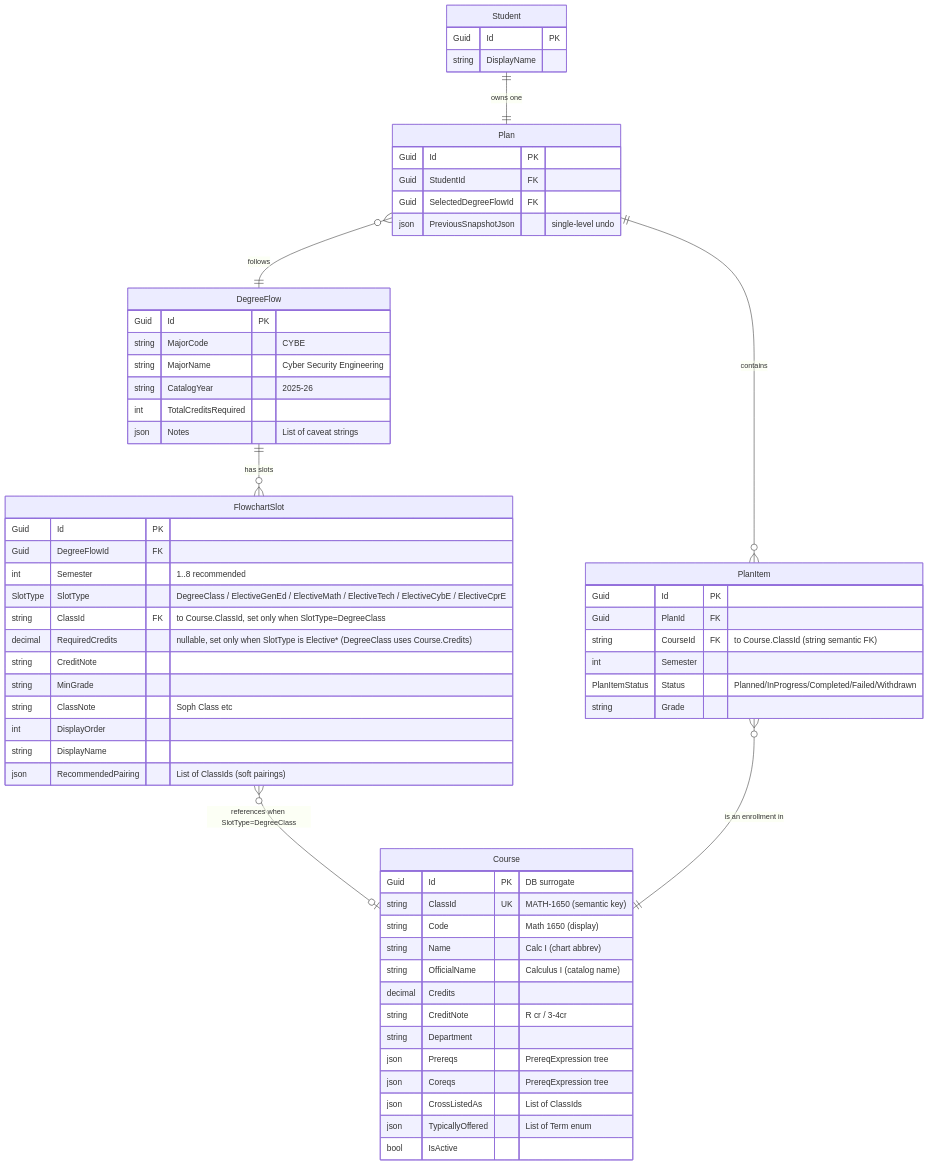
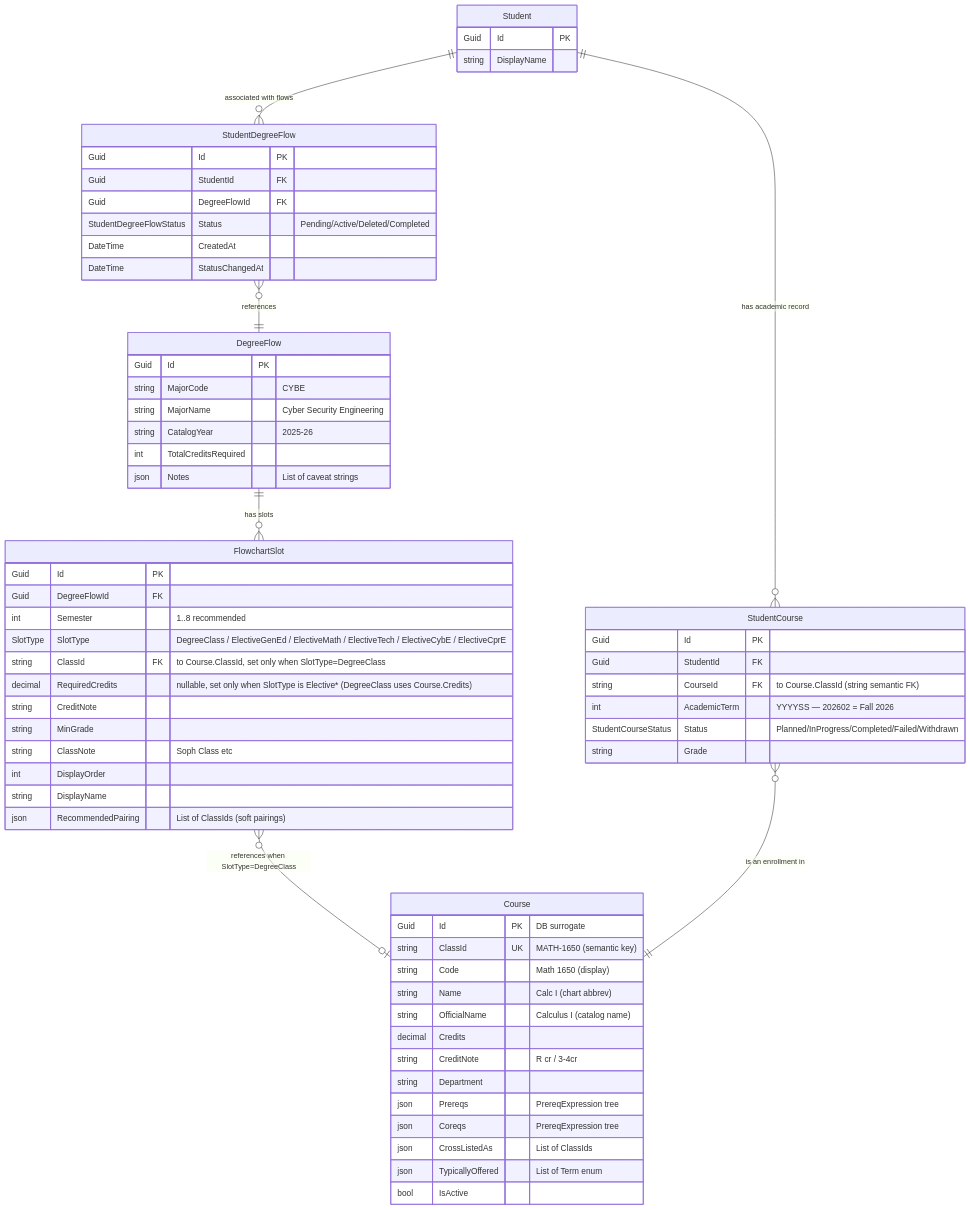
Before and after one commit to jumpwake/ISUCourseManager: the diagram in docs/superpowers/specs/2026-05-12-isu-course-manager-design.md, drawn with Mermaid. The commit also changed other lines of this file and 1 other file, not shown here.

First line of the commit message:
refactor(domain): decouple StudentCourse from Plan; add StudentDegreeFlow junction

````diff
--- a/docs/superpowers/specs/2026-05-12-isu-course-manager-design.md
+++ b/docs/superpowers/specs/2026-05-12-isu-course-manager-design.md
@@ -390,70 +443,72 @@
 ```mermaid
 erDiagram
     Course {
         Guid Id PK "DB surrogate"
         string ClassId UK "MATH-1650 (semantic key)"
         string Code "Math 1650 (display)"
         string Name "Calc I (chart abbrev)"
         string OfficialName "Calculus I (catalog name)"
         decimal Credits
         string CreditNote "R cr / 3-4cr"
         string Department
         json Prereqs "PrereqExpression tree"
         json Coreqs "PrereqExpression tree"
         json CrossListedAs "List of ClassIds"
         json TypicallyOffered "List of Term enum"
         bool IsActive
     }
 
     DegreeFlow {
         Guid Id PK
         string MajorCode "CYBE"
         string MajorName "Cyber Security Engineering"
         string CatalogYear "2025-26"
         int TotalCreditsRequired
         json Notes "List of caveat strings"
     }
 
     FlowchartSlot {
         Guid Id PK
         Guid DegreeFlowId FK
         int Semester "1..8 recommended"
         SlotType SlotType "DegreeClass / ElectiveGenEd / ElectiveMath / ElectiveTech / ElectiveCybE / ElectiveCprE"
         string ClassId FK "to Course.ClassId, set only when SlotType=DegreeClass"
         decimal RequiredCredits "nullable, set only when SlotType is Elective* (DegreeClass uses Course.Credits)"
         string CreditNote
         string MinGrade
         string ClassNote "Soph Class etc"
         int DisplayOrder
         string DisplayName
         json RecommendedPairing "List of ClassIds (soft pairings)"
     }
 
     Student {
         Guid Id PK
         string DisplayName
     }
 
-    Plan {
+    StudentCourse {
         Guid Id PK
         Guid StudentId FK
-        Guid SelectedDegreeFlowId FK
-        json PreviousSnapshotJson "single-level undo"
+        string CourseId FK "to Course.ClassId (string semantic FK)"
+        int AcademicTerm "YYYYSS — 202602 = Fall 2026"
+        StudentCourseStatus Status "Planned/InProgress/Completed/Failed/Withdrawn"
+        string Grade
     }
 
-    PlanItem {
+    StudentDegreeFlow {
         Guid Id PK
-        Guid PlanId FK
-        string CourseId FK "to Course.ClassId (string semantic FK)"
-        int Semester
-        PlanItemStatus Status "Planned/InProgress/Completed/Failed/Withdrawn"
-        string Grade
+        Guid StudentId FK
+        Guid DegreeFlowId FK
+        StudentDegreeFlowStatus Status "Pending/Active/Deleted/Completed"
+        DateTime CreatedAt
+        DateTime StatusChangedAt
     }
 
     DegreeFlow ||--o{ FlowchartSlot : "has slots"
     FlowchartSlot }o--o| Course : "references when SlotType=DegreeClass"
-    Student ||--|| Plan : "owns one"
-    Plan }o--|| DegreeFlow : "follows"
-    Plan ||--o{ PlanItem : "contains"
-    PlanItem }o--|| Course : "is an enrollment in"
+    Student ||--o{ StudentCourse : "has academic record"
+    Student ||--o{ StudentDegreeFlow : "associated with flows"
+    StudentDegreeFlow }o--|| DegreeFlow : "references"
+    StudentCourse }o--|| Course : "is an enrollment in"
 ```
````
